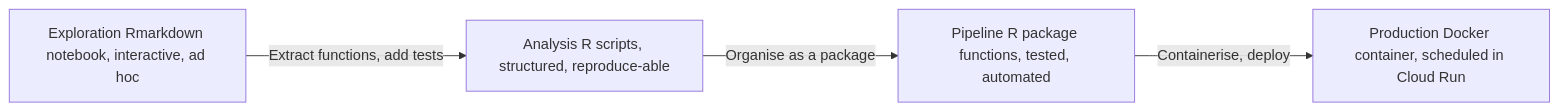
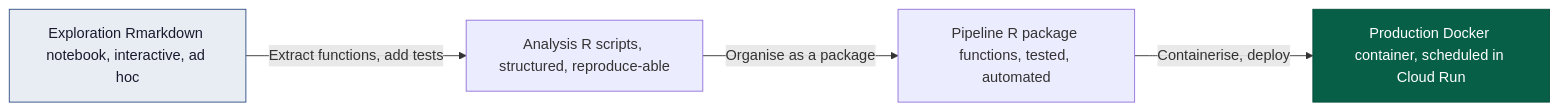
Before and after one commit to Ch3w3y/docker_gcp: the second of 4 diagrams in docs/code-organisation.md, drawn with Mermaid. The commit also changed other lines of this file and 3 other files, not shown here.

First line of the commit message:
fix(a11y): add node styles to remaining unstyled diagrams

````diff
--- a/docs/code-organisation.md
+++ b/docs/code-organisation.md
@@ -55,11 +57,13 @@
 ```mermaid
 flowchart LR
     E["Exploration Rmarkdown notebook, interactive, ad hoc"]
     A["Analysis R scripts, structured, reproduce-able"]
     P["Pipeline R package functions, tested, automated"]
     PR["Production Docker container, scheduled in Cloud Run"]
 
     E -->|"Extract functions, add tests"| A
     A -->|"Organise as a package"| P
     P -->|"Containerise, deploy"| PR
+    style E fill:#e8edf4,stroke:#325083,color:#1a1a2e
+    style PR fill:#065f46,stroke:#064e3b,color:#ffffff
 ```
````
